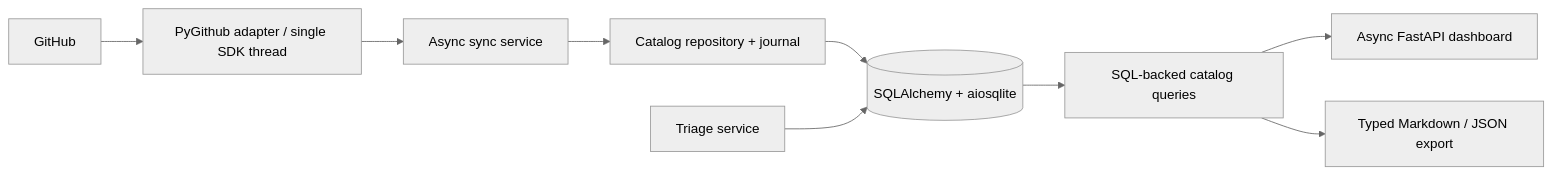
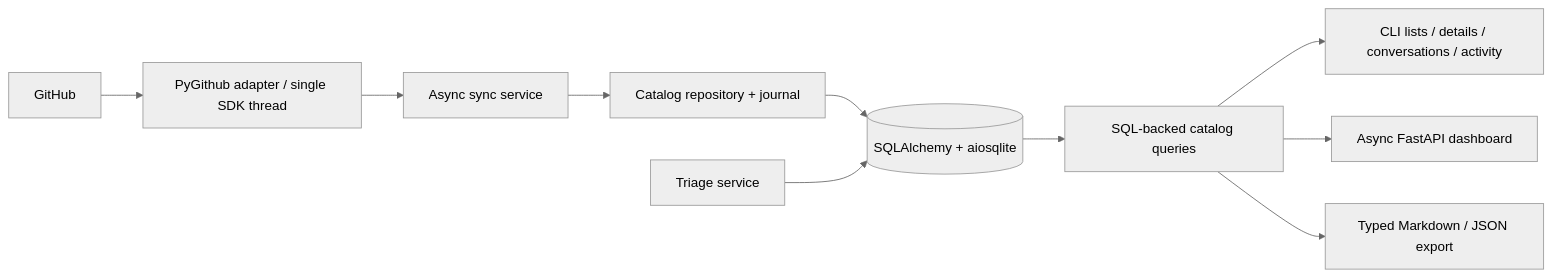
The diagram in docs/architecture.md (jufty-bot/gh-maintainer), drawn with Mermaid (neutral theme) before and after one commit. The commit also changed other lines of this file and 20 other files, not shown here.

Commit message:
feat: add conversations, local analysis, and processing CLI

````diff
--- a/docs/architecture.md
+++ b/docs/architecture.md
@@ -7,11 +7,12 @@
 ```mermaid
 flowchart LR
     G[GitHub] --> P[PyGithub adapter / single SDK thread]
     P --> S[Async sync service]
     S --> R[Catalog repository + journal]
     R --> D[(SQLAlchemy + aiosqlite)]
     D --> Q[SQL-backed catalog queries]
+    Q --> C[CLI lists / details / conversations / activity]
     Q --> A[Async FastAPI dashboard]
     Q --> E[Typed Markdown / JSON export]
     T[Triage service] --> D
 ```
````
